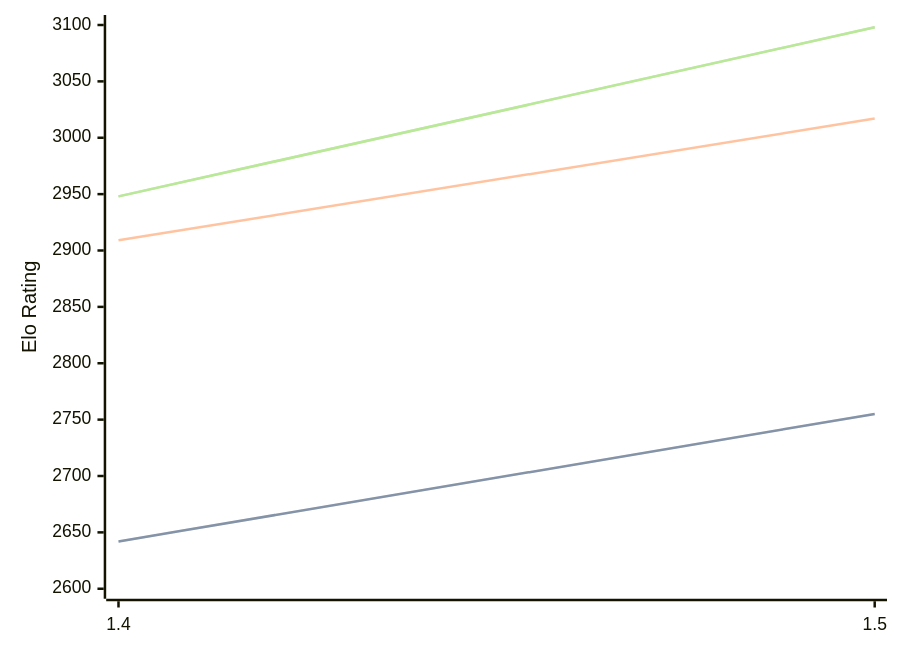
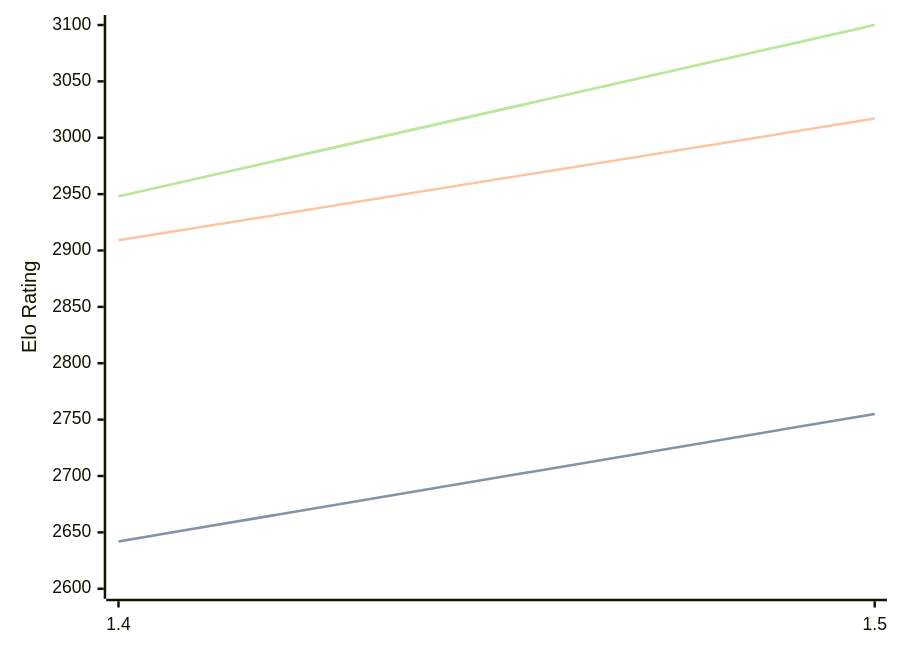
The diagram in engines/Yakka.md (computer-chess-index/cci), drawn with Mermaid before and after one commit. The commit also changed other lines of this file, not shown here.

Commit message:
Update CCI Ratings (ELO VLTC) - 2026-08-01

````diff
--- a/engines/Yakka.md
+++ b/engines/Yakka.md
@@ -36,11 +36,11 @@
 ```mermaid
 %%{init: {"theme":"base","themeVariables":{"seriesColors:['#a3a3a3','#222221','#faa371']}}}%%
 xychart-beta
   x-axis ["1.4", "1.5"]
   y-axis "Elo Rating" 2600 --> 3100
   line "STC (8.0+0.08s)" [2642, 2755]
   line "STC (8.0+0.08s)" [2642, 2755]
   line "LTC (60.0+0.60s)" [2909, 3017]
-  line "VLTC (2m24s+1.12s)" [2948, 3098]
-  line "VLTC (2m24s+1.12s)" [2948, 3098]
+  line "VLTC (2m24s+1.12s)" [2948, 3100]
+  line "VLTC (2m24s+1.12s)" [2948, 3100]
 ```
````
